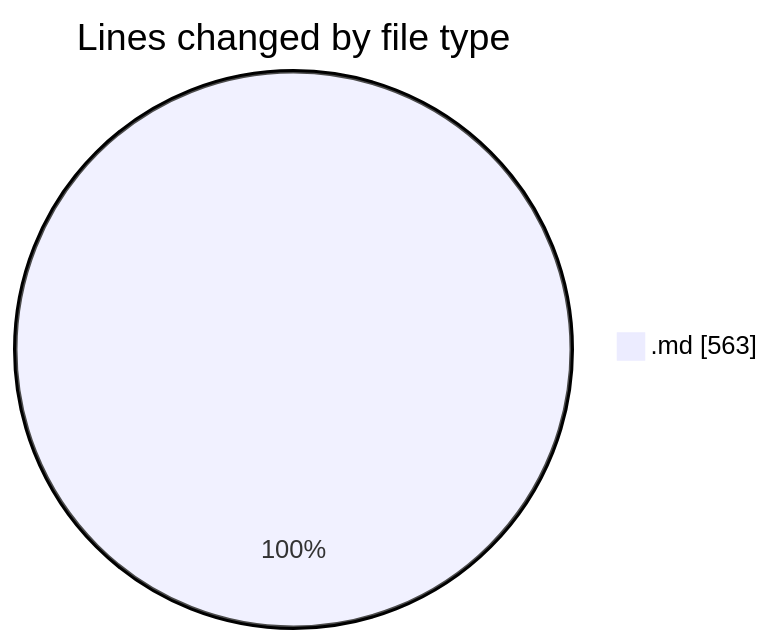
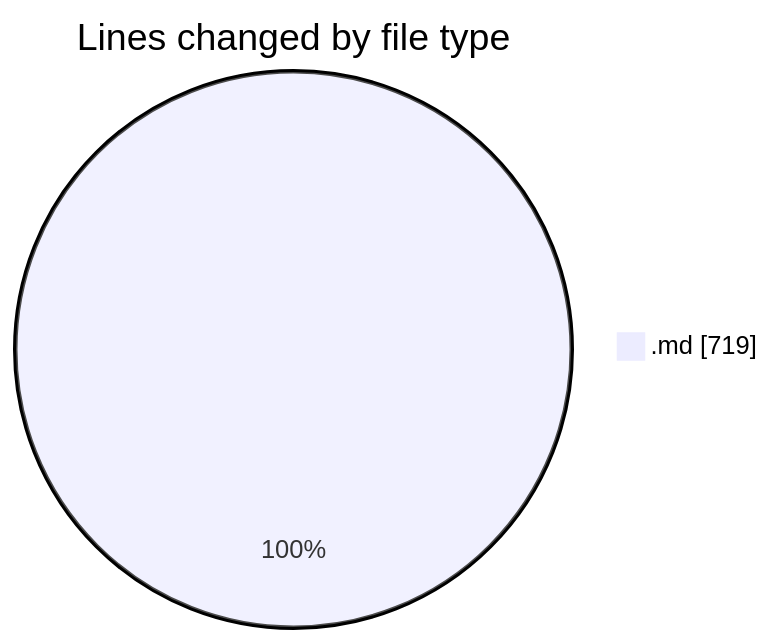
The first of 2 diagrams in 2025-07-14/urlwebwala_intership_work/README.md (Ritupan-Deka/code-tracking), drawn with Mermaid before and after one commit. The commit also changed other lines of this file and 1 other file, not shown here.

````diff
--- a/2025-07-14/urlwebwala_intership_work/README.md
+++ b/2025-07-14/urlwebwala_intership_work/README.md
@@ -20,5 +20,5 @@
 ```mermaid
 pie showData
 title Lines changed by file type
-".md" : 563
+".md" : 719
 ```
````
